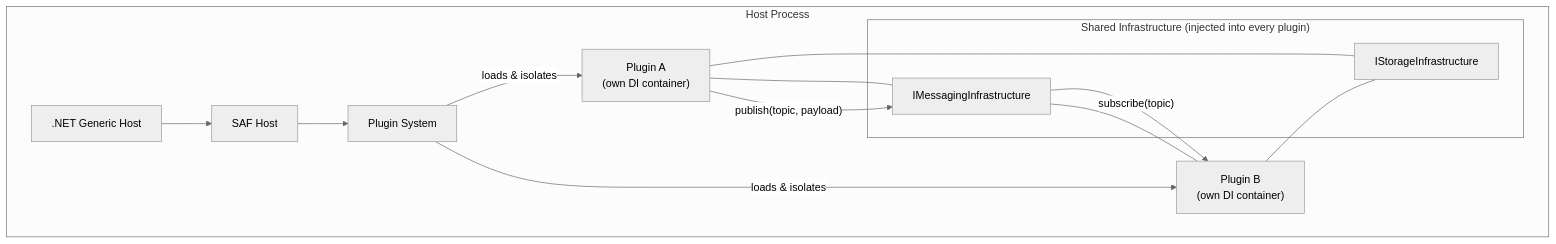
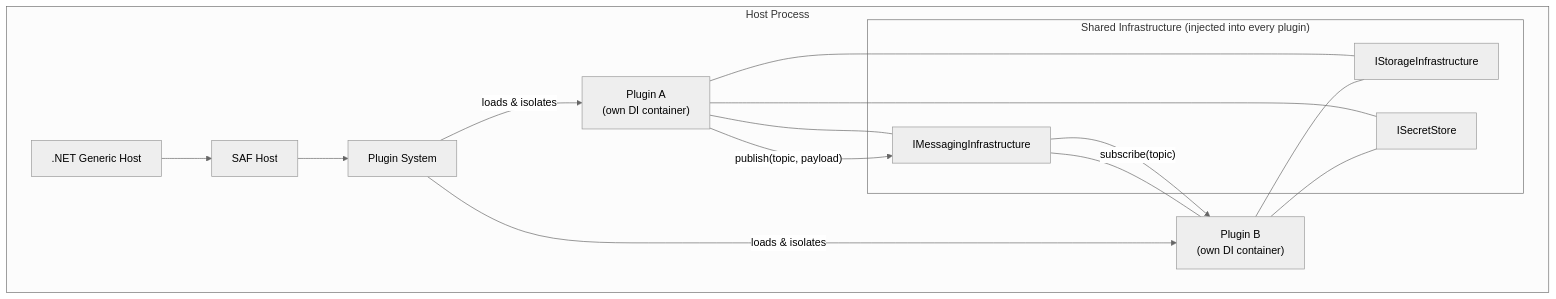
Before and after one commit to TRUMPF-IoT/saf: the diagram in docs/index.md, drawn with Mermaid (neutral theme). The commit also changed other lines of this file and 2 other files, not shown here.

First line of the commit message:
Fix secret store docs: contract sharing, code samples, platform coverage

````diff
--- a/docs/index.md
+++ b/docs/index.md
@@ -31,22 +31,25 @@
 ```mermaid
 graph TB
     subgraph Host Process
         H[".NET Generic Host"] --> SAF[SAF Host]
         SAF --> PS[Plugin System]
         PS --> |"loads & isolates"| PA["Plugin A\n(own DI container)"]
         PS --> |"loads & isolates"| PB["Plugin B\n(own DI container)"]
 
         subgraph "Shared Infrastructure (injected into every plugin)"
             MSG[IMessagingInfrastructure]
             STO[IStorageInfrastructure]
+            SEC[ISecretStore]
         end
 
         PA --- MSG
         PA --- STO
+        PA --- SEC
         PB --- MSG
         PB --- STO
+        PB --- SEC
     end
 
     PA -->|"publish(topic, payload)"| MSG
     MSG -->|"subscribe(topic)"| PB
 ```
````
